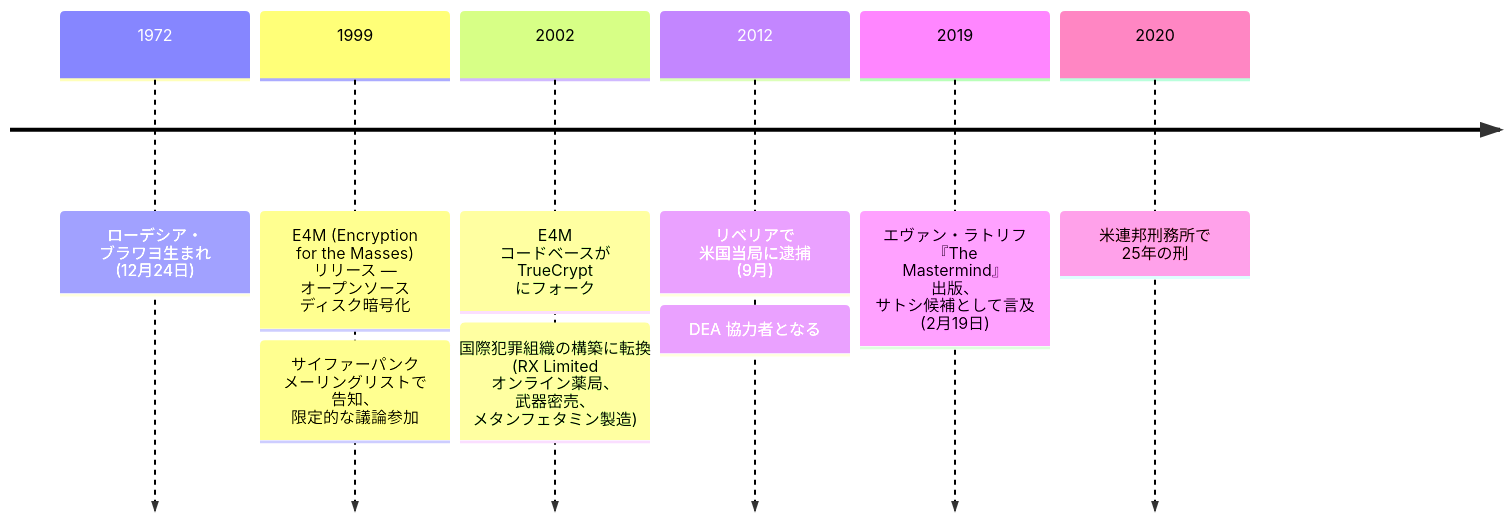
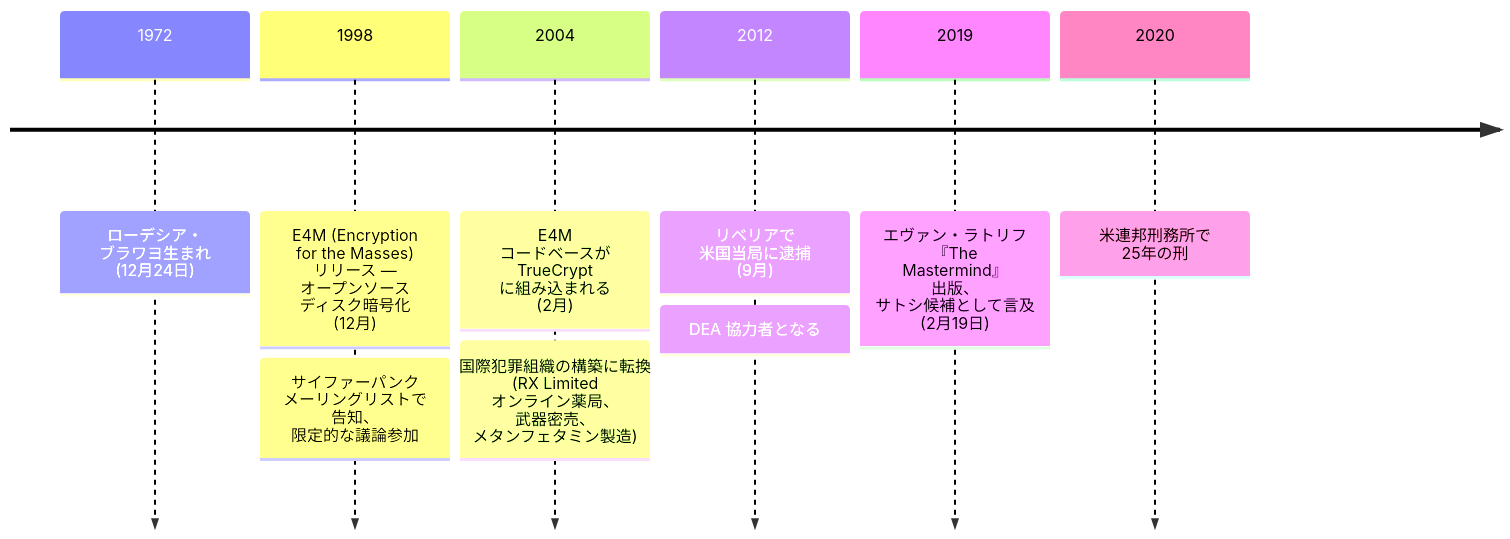
The diagram in src/data/translations/ja/aftermath/2019-02-19-paul-le-roux-biography.md (cypher256/BitcoinArchive), drawn with Mermaid before and after one commit. The commit also changed other lines of this file and 28 other files, not shown here.

````diff
--- a/src/data/translations/ja/aftermath/2019-02-19-paul-le-roux-biography.md
+++ b/src/data/translations/ja/aftermath/2019-02-19-paul-le-roux-biography.md
@@ -45,13 +45,13 @@
 ```mermaid
 timeline
     1972 : ローデシア・ ブラワヨ生まれ (12月24日)
-    1999 : E4M (Encryption for the Masses) リリース — オープンソース ディスク暗号化
+    1998 : E4M (Encryption for the Masses) リリース — オープンソース ディスク暗号化 (12月)
          : サイファーパンク メーリングリストで 告知、 限定的な議論参加
-    2002 : E4M コードベースが TrueCrypt にフォーク
+    2004 : E4M コードベースが TrueCrypt に組み込まれる (2月)
          : 国際犯罪組織の構築に転換 (RX Limited オンライン薬局、 武器密売、 メタンフェタミン製造)
     2012 : リベリアで 米国当局に逮捕 (9月)
          : DEA 協力者となる
     2019 : エヴァン・ラトリフ 『The Mastermind』 出版、 サトシ候補として言及 (2月19日)
     %% link: /BitcoinArchive/ja/entries/analysis/2019-02-19-paul-le-roux-satoshi-identity-hypothesis/
     2020 : 米連邦刑務所で 25年の刑
 ```
````
